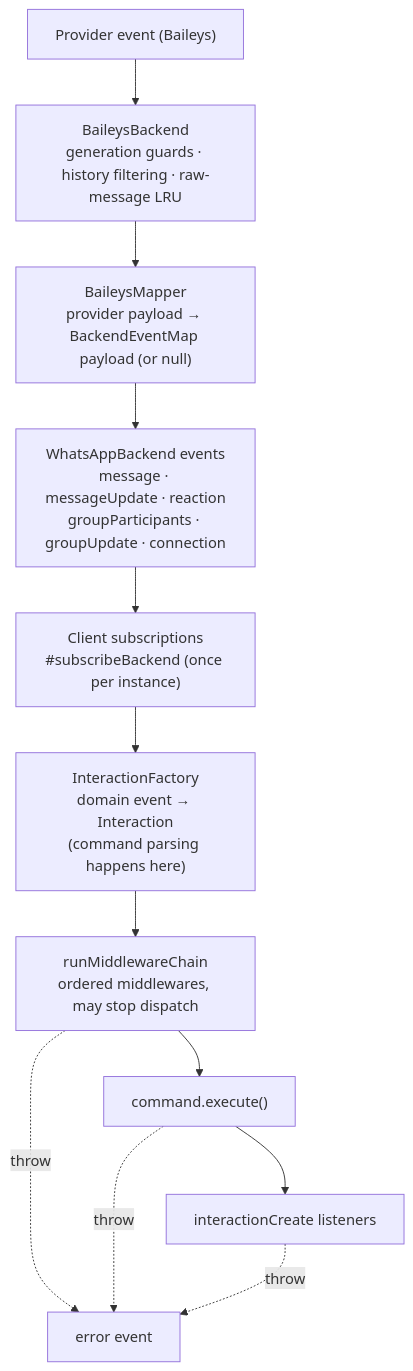
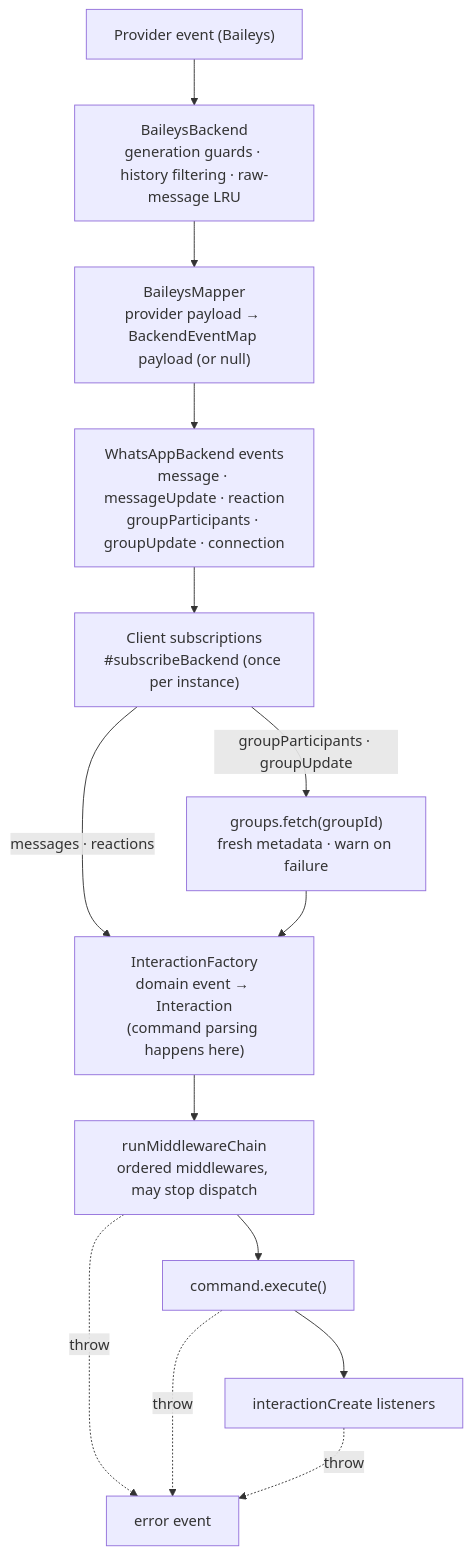
Before and after one commit to Gustavo10Destroyer/libwa-docs: the first of 3 diagrams in architecture/event-pipeline.md, drawn with Mermaid. The commit also changed other lines of this file, not shown here.

Commit message:
docs(architecture): document the group metadata refresh stage

````diff
--- a/architecture/event-pipeline.md
+++ b/architecture/event-pipeline.md
@@ -5,14 +5,16 @@
 ```mermaid
 flowchart TD
     A["Provider event (Baileys)"] --> B["BaileysBackend<br/>generation guards · history filtering · raw-message LRU"]
     B --> C["BaileysMapper<br/>provider payload → BackendEventMap payload (or null)"]
     C --> D["WhatsAppBackend events<br/>message · messageUpdate · reaction<br/>groupParticipants · groupUpdate · connection"]
     D --> E["Client subscriptions<br/>#subscribeBackend (once per instance)"]
-    E --> F["InteractionFactory<br/>domain event → Interaction<br/>(command parsing happens here)"]
+    E -->|"messages · reactions"| F["InteractionFactory<br/>domain event → Interaction<br/>(command parsing happens here)"]
+    E -->|"groupParticipants · groupUpdate"| RF["groups.fetch(groupId)<br/>fresh metadata · warn on failure"]
+    RF --> F
     F --> G["runMiddlewareChain<br/>ordered middlewares, may stop dispatch"]
     G --> H["command.execute()"]
     H --> I["interactionCreate listeners"]
     G -.->|"throw"| ERR["error event"]
     H -.->|"throw"| ERR
     I -.->|"throw"| ERR
 ```
````
